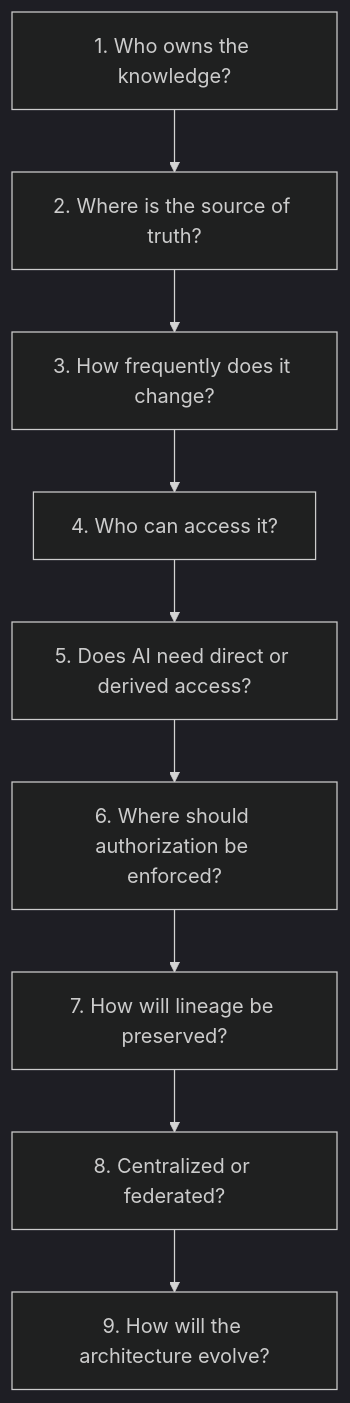
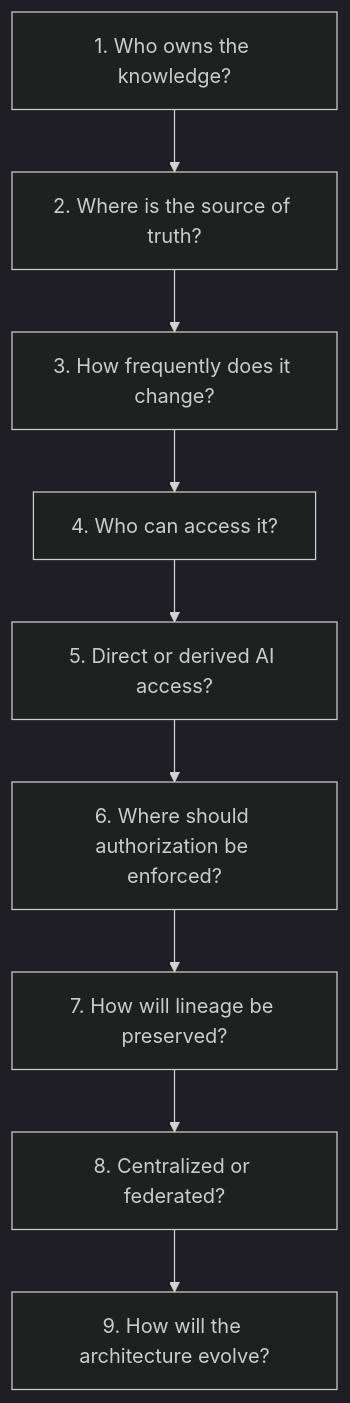
The fifth of 5 diagrams in docs/architecture-insights/genai-and-rag/1.5-designing-enterprise-knowledge-architecture-for-ai.md (MihirKJha/enterprise-ai-blog), drawn with Mermaid (dark theme) before and after one commit. The commit also changed other lines of this file, not shown here.

````diff
--- a/docs/architecture-insights/genai-and-rag/1.5-designing-enterprise-knowledge-architecture-for-ai.md
+++ b/docs/architecture-insights/genai-and-rag/1.5-designing-enterprise-knowledge-architecture-for-ai.md
@@ -520,21 +462,21 @@
 ```mermaid
 graph TD
     Q1["1. Who owns the knowledge?"]
     Q2["2. Where is the source of truth?"]
     Q3["3. How frequently does it change?"]
     Q4["4. Who can access it?"]
-    Q5["5. Does AI need direct or derived access?"]
+    Q5["5. Direct or derived AI access?"]
     Q6["6. Where should authorization be enforced?"]
     Q7["7. How will lineage be preserved?"]
     Q8["8. Centralized or federated?"]
     Q9["9. How will the architecture evolve?"]
 
     Q1 --> Q2
     Q2 --> Q3
     Q3 --> Q4
     Q4 --> Q5
     Q5 --> Q6
     Q6 --> Q7
     Q7 --> Q8
     Q8 --> Q9
 ```
````
